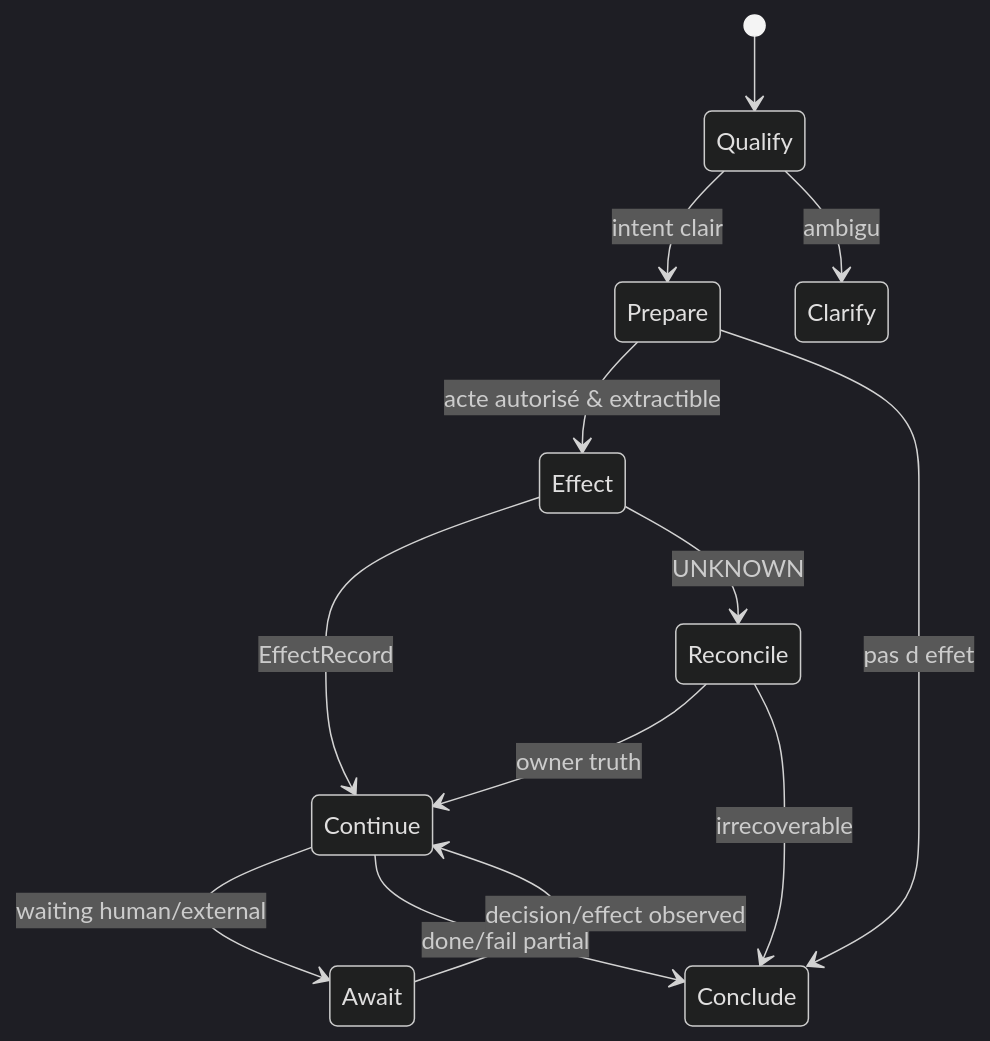
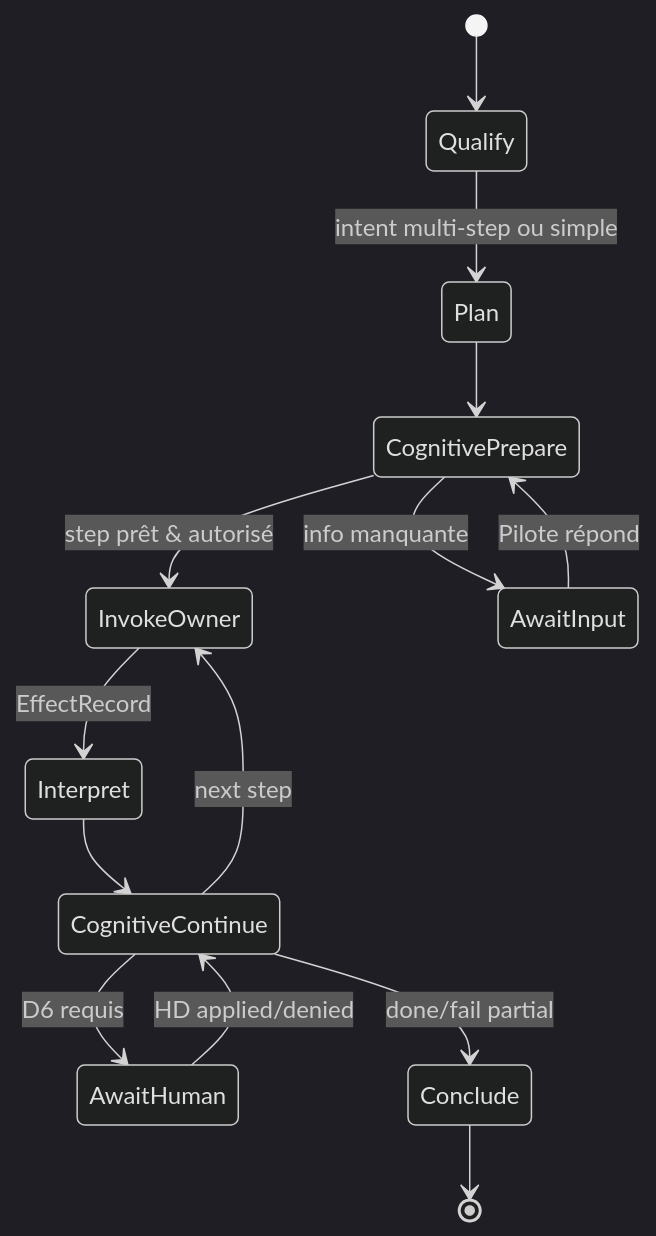
The second of 3 diagrams in sfia-review-handoff/latest-chatgpt-review.md (mcleland147/sfia-workspace), drawn with Mermaid (dark theme) before and after one commit. The commit also changed other lines of this file, not shown here.

Commit message:
review(next): R5 cycle6 end-to-end intent continuity architecture vs validated cadrage

````diff
--- a/sfia-review-handoff/latest-chatgpt-review.md
+++ b/sfia-review-handoff/latest-chatgpt-review.md
@@ -247,15 +230,16 @@
 ```mermaid
 stateDiagram-v2
   [*] --> Qualify
-  Qualify --> Prepare: intent clair
-  Qualify --> Clarify: ambigu
-  Prepare --> Effect: acte autorisé & extractible
-  Prepare --> Conclude: pas d effet
-  Effect --> Continue: EffectRecord
-  Effect --> Reconcile: UNKNOWN
-  Continue --> Await: waiting human/external
-  Continue --> Conclude: done/fail partial
-  Await --> Continue: decision/effect observed
-  Reconcile --> Continue: owner truth
-  Reconcile --> Conclude: irrecoverable
+  Qualify --> Plan: intent multi-step ou simple
+  Plan --> CognitivePrepare
+  CognitivePrepare --> InvokeOwner: step prêt & autorisé
+  CognitivePrepare --> AwaitInput: info manquante
+  InvokeOwner --> Interpret: EffectRecord
+  Interpret --> CognitiveContinue
+  CognitiveContinue --> InvokeOwner: next step
+  CognitiveContinue --> AwaitHuman: D6 requis
+  CognitiveContinue --> Conclude: done/fail partial
+  AwaitHuman --> CognitiveContinue: HD applied/denied
+  AwaitInput --> CognitivePrepare: Pilote répond
+  Conclude --> [*]
 ```
````
